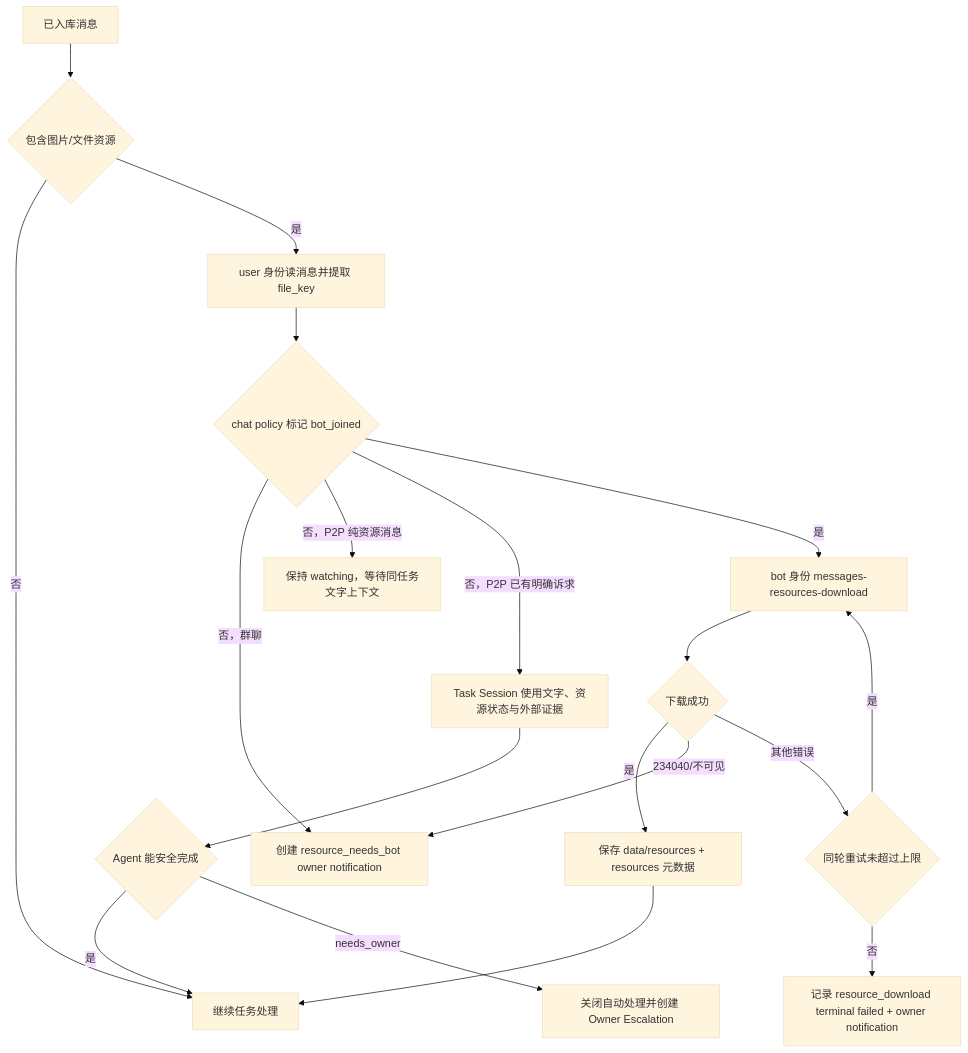
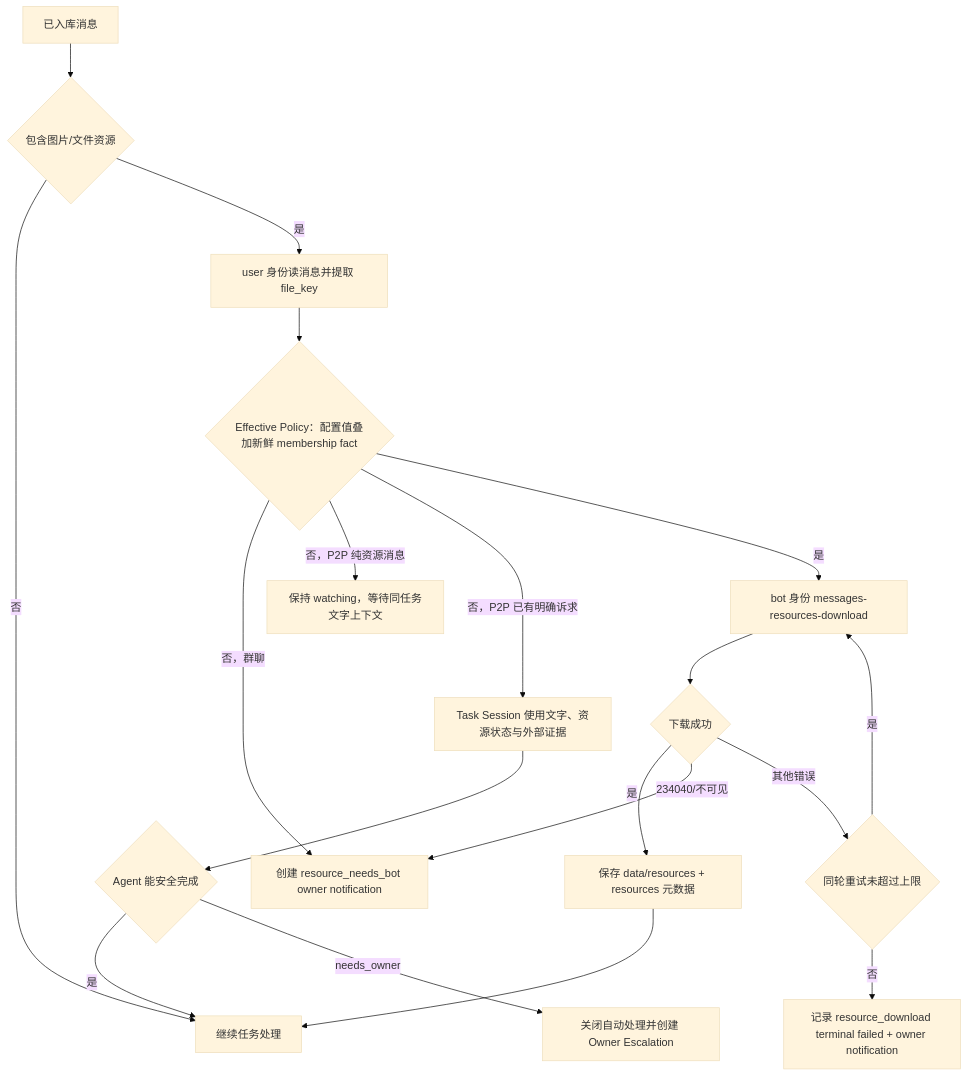
The fourth of 7 diagrams in docs/specs/feishu-shadow-agent-flows.md (wufei-png/feishu-shadow-agent), drawn with Mermaid (base theme) before and after one commit. The commit also changed other lines of this file and 29 other files, not shown here.

Commit message:
Derive bot membership from runtime facts

````diff
--- a/docs/specs/feishu-shadow-agent-flows.md
+++ b/docs/specs/feishu-shadow-agent-flows.md
@@ -148,22 +148,22 @@
 ```mermaid
 flowchart TD
   Msg["已入库消息"] --> HasResource{"包含图片/文件资源"}
   HasResource -->|否| Continue["继续任务处理"]
   HasResource -->|是| Extract["user 身份读消息并提取 file_key"]
-  Extract --> BotKnown{"chat policy 标记 bot_joined"}
+  Extract --> BotKnown{"Effective Policy：配置值叠加新鲜 membership fact"}
   BotKnown -->|否，群聊| NotifyJoin["创建 resource_needs_bot owner notification"]
   BotKnown -->|否，P2P 纯资源消息| WaitContext["保持 watching，等待同任务文字上下文"]
   BotKnown -->|否，P2P 已有明确诉求| TaskWithoutResource["Task Session 使用文字、资源状态与外部证据"]
   TaskWithoutResource --> P2PAnswerable{"Agent 能安全完成"}
   P2PAnswerable -->|是| Continue
   P2PAnswerable -->|needs_owner| OwnerEscalation["关闭自动处理并创建 Owner Escalation"]
 
   BotKnown -->|是| Download["bot 身份 messages-resources-download"]
   Download --> DownloadOK{"下载成功"}
   DownloadOK -->|是| SaveResource["保存 data/resources + resources 元数据"]
   SaveResource --> Continue
   DownloadOK -->|234040/不可见| NotifyJoin
   DownloadOK -->|其他错误| Retry{"同轮重试未超过上限"}
   Retry -->|是| Download
   Retry -->|否| ResourceFailed["记录 resource_download terminal failed + owner notification"]
 ```
````
